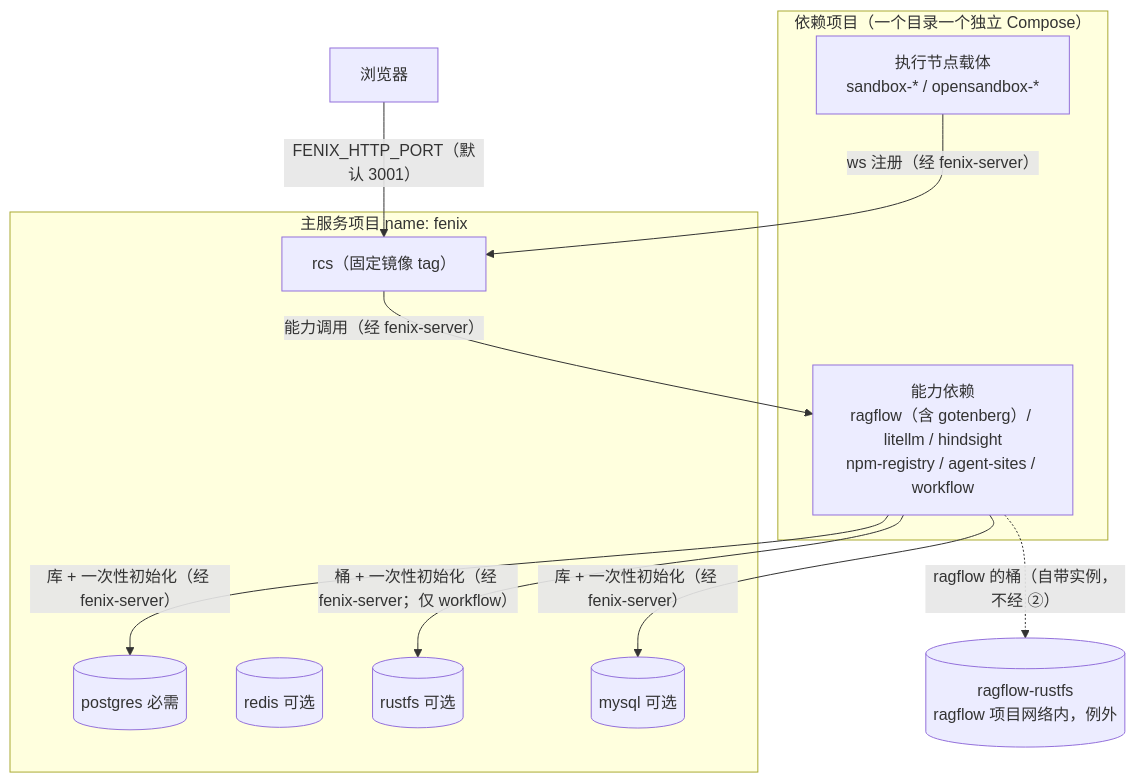
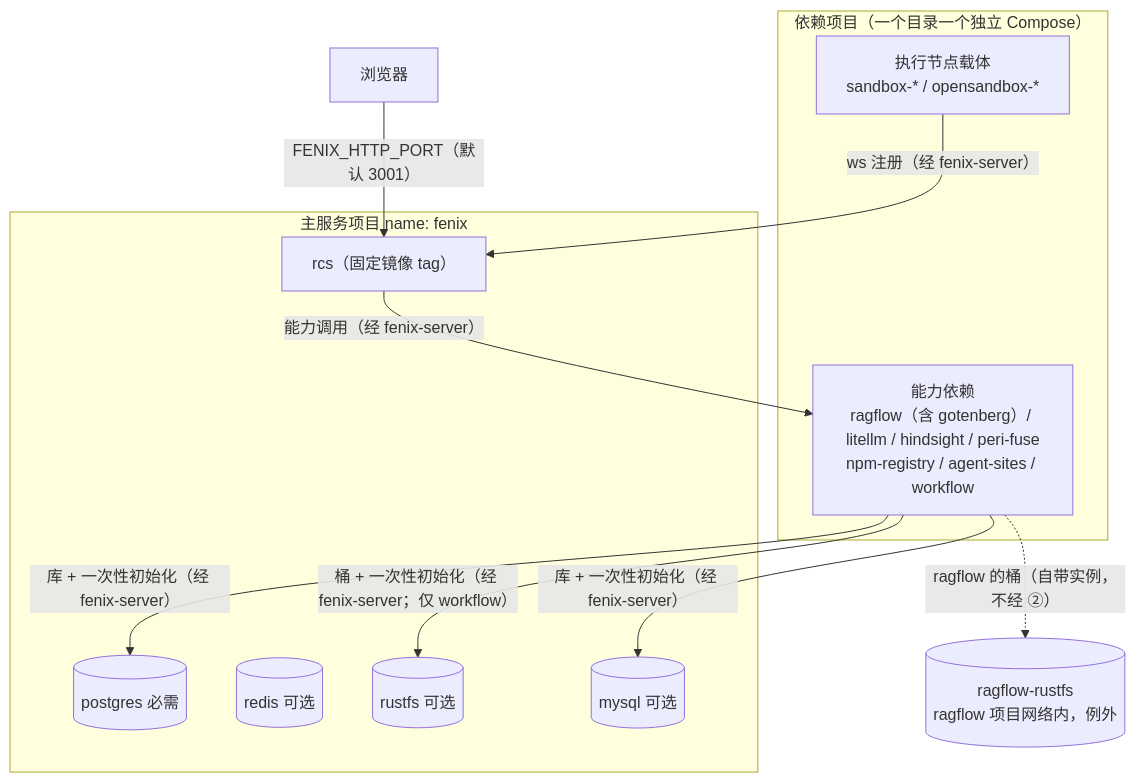
The third of 5 diagrams in docs/arch/26-deployment-topology.md (HuangPuStar/FenixAgent), drawn with Mermaid before and after one commit. The commit also changed other lines of this file and 25 other files, not shown here.

First line of the commit message:
feat(workflow): 运行记录出入参数查询接口、运行日志主从弹窗与 Peri-Fuse 部署目录

````diff
--- a/docs/arch/26-deployment-topology.md
+++ b/docs/arch/26-deployment-topology.md
@@ -179,25 +179,25 @@
 ```mermaid
 flowchart TB
     User["浏览器"] -->|"FENIX_HTTP_PORT（默认 3001）"| RCS["rcs（固定镜像 tag）"]
 
     subgraph Top["主服务项目 name: fenix"]
         RCS
         PG[("postgres 必需")]
         REDIS[("redis 可选")]
         RUSTFS[("rustfs 可选")]
         MYSQL[("mysql 可选")]
     end
 
     subgraph Deps["依赖项目（一个目录一个独立 Compose）"]
-        CAP["能力依赖<br/>ragflow（含 gotenberg）/ litellm / hindsight<br/>npm-registry / agent-sites / workflow"]
+        CAP["能力依赖<br/>ragflow（含 gotenberg）/ litellm / hindsight / peri-fuse<br/>npm-registry / agent-sites / workflow"]
         NODE["执行节点载体<br/>sandbox-* / opensandbox-*"]
     end
 
     CAP -->|"库 + 一次性初始化（经 fenix-server）"| PG
     CAP -->|"桶 + 一次性初始化（经 fenix-server；仅 workflow）"| RUSTFS
     CAP -->|"库 + 一次性初始化（经 fenix-server）"| MYSQL
     CAP -.->|"ragflow 的桶（自带实例，不经 ②）"| RAGFS[("ragflow-rustfs<br/>ragflow 项目网络内，例外")]
 
     RCS -->|"能力调用（经 fenix-server）"| CAP
     NODE -->|"ws 注册（经 fenix-server）"| RCS
 ```
````
